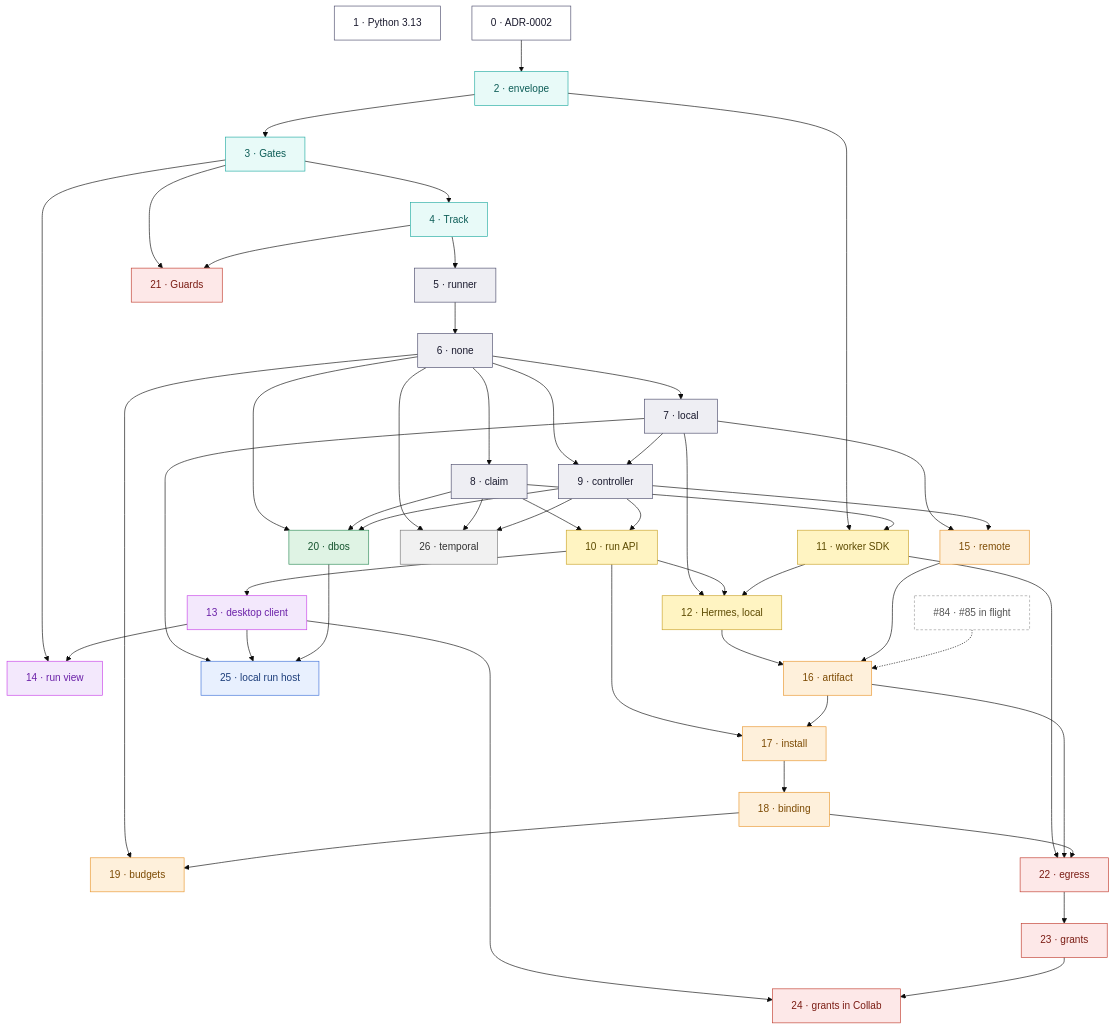
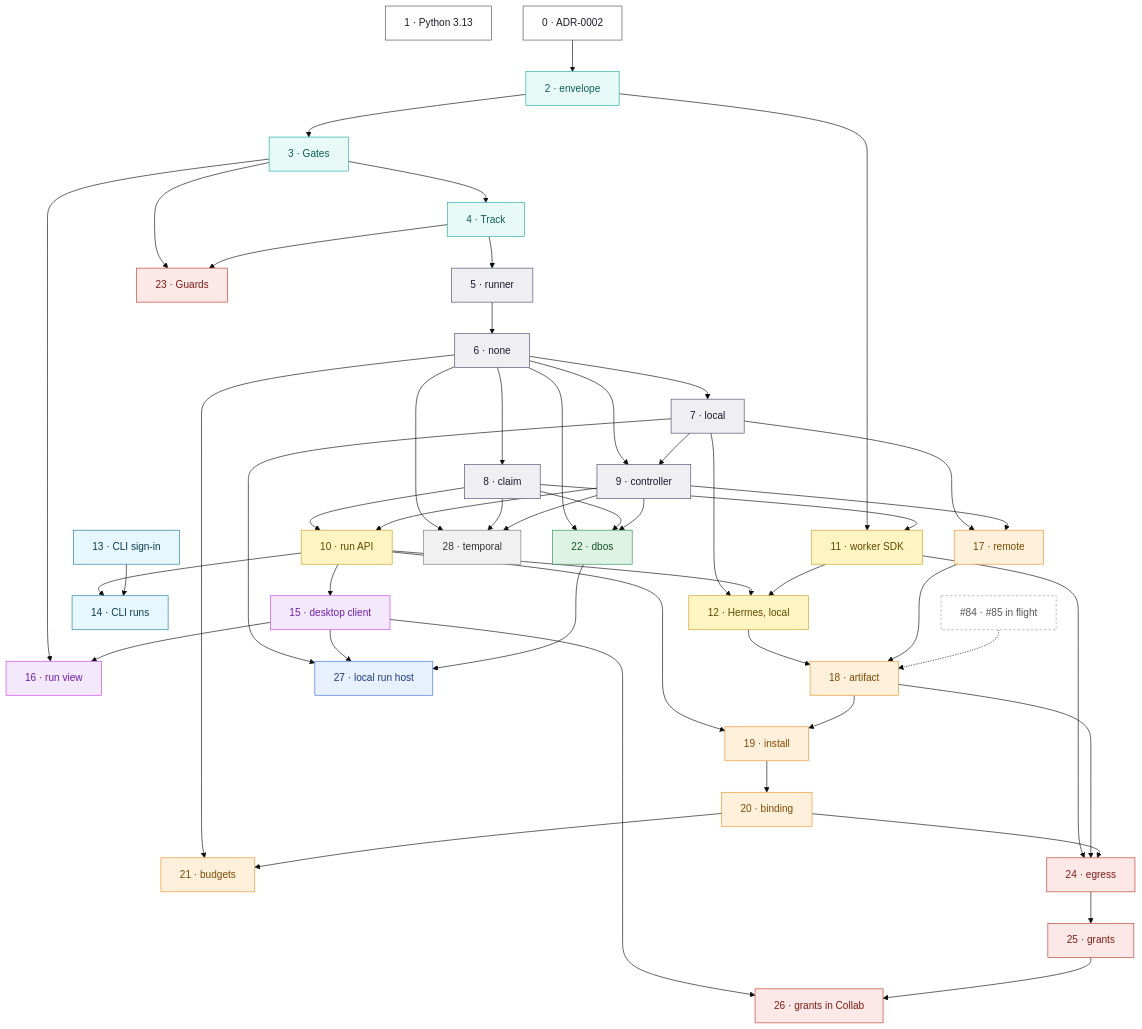
One commit to nebari-dev/collab-hub-pack changed the second of 2 diagrams in COG_EXECUTION.md. Above: the diagram before and after it, drawn with Mermaid (base theme). The commit also changed other lines of this file, not shown here.

First line of the commit message:
docs: add the collab-hub CLI to the plan

````diff
--- a/COG_EXECUTION.md
+++ b/COG_EXECUTION.md
@@ -830,46 +888,50 @@
 ```mermaid
 flowchart TD
   ph1["1 · Python 3.13"]
   ph0["0 · ADR-0002"] --> ph2["2 · envelope"] --> ph3["3 · Gates"] --> ph4["4 · Track"] --> ph5["5 · runner"] --> ph6["6 · none"]
   ph6 --> ph7["7 · local"] & ph8["8 · claim"]
   ph6 & ph7 --> ph9["9 · controller"]
   ph8 & ph9 --> ph10["10 · run API"]
+  ph13["13 · CLI sign-in"]
   ph2 & ph8 --> ph11["11 · worker SDK"]
   ph7 & ph10 & ph11 --> ph12["12 · Hermes, local"]
-  ph10 --> ph13["13 · desktop client"]
-  ph3 & ph13 --> ph14["14 · run view"]
-  ph7 & ph9 --> ph15["15 · remote"]
-  ph12 & ph15 --> ph16["16 · artifact"]
-  reg["#84 · #85 in flight"] -.-> ph16
-  ph10 & ph16 --> ph17["17 · install"] --> ph18["18 · binding"]
-  ph6 & ph18 --> ph19["19 · budgets"]
-  ph6 & ph8 & ph9 --> ph20["20 · dbos"]
-  ph3 & ph4 --> ph21["21 · Guards"]
-  ph11 & ph16 & ph18 --> ph22["22 · egress"] --> ph23["23 · grants"]
-  ph13 & ph23 --> ph24["24 · grants in Collab"]
-  ph7 & ph13 & ph20 --> ph25["25 · local run host"]
-  ph6 & ph8 & ph9 --> ph26["26 · temporal"]
+  ph10 & ph13 --> ph14["14 · CLI runs"]
+  ph10 --> ph15["15 · desktop client"]
+  ph3 & ph15 --> ph16["16 · run view"]
+  ph7 & ph9 --> ph17["17 · remote"]
+  ph12 & ph17 --> ph18["18 · artifact"]
+  reg["#84 · #85 in flight"] -.-> ph18
+  ph10 & ph18 --> ph19["19 · install"] --> ph20["20 · binding"]
+  ph6 & ph20 --> ph21["21 · budgets"]
+  ph6 & ph8 & ph9 --> ph22["22 · dbos"]
+  ph3 & ph4 --> ph23["23 · Guards"]
+  ph11 & ph18 & ph20 --> ph24["24 · egress"] --> ph25["25 · grants"]
+  ph15 & ph25 --> ph26["26 · grants in Collab"]
+  ph7 & ph15 & ph22 --> ph27["27 · local run host"]
+  ph6 & ph8 & ph9 --> ph28["28 · temporal"]
 
   classDef m0 fill:#ffffff,stroke:#4a4a6a,color:#1a1a2e
   classDef m1 fill:#e8faf8,stroke:#20aaa1,color:#0d5d57
   classDef m2 fill:#eeeef3,stroke:#4a4a6a,color:#1a1a2e
   classDef m3 fill:#fff4c2,stroke:#c9a227,color:#5c4a00
-  classDef m4 fill:#f3e8fc,stroke:#c840e9,color:#6b21a8
-  classDef m5 fill:#fef0db,stroke:#e8952c,color:#7c4a03
-  classDef m6 fill:#dff3e4,stroke:#2e8b57,color:#14532d
-  classDef m7 fill:#fde8e8,stroke:#c0392b,color:#7b1d14
-  classDef m8 fill:#e8f0fe,stroke:#3b6fd8,color:#1c3d7a
-  classDef m9 fill:#f1f1f1,stroke:#777,color:#333
+  classDef m4 fill:#e6f7ff,stroke:#1f7a99,color:#0b3d4d
+  classDef m5 fill:#f3e8fc,stroke:#c840e9,color:#6b21a8
+  classDef m6 fill:#fef0db,stroke:#e8952c,color:#7c4a03
+  classDef m7 fill:#dff3e4,stroke:#2e8b57,color:#14532d
+  classDef m8 fill:#fde8e8,stroke:#c0392b,color:#7b1d14
+  classDef m9 fill:#e8f0fe,stroke:#3b6fd8,color:#1c3d7a
+  classDef m10 fill:#f1f1f1,stroke:#777,color:#333
   classDef ext fill:#ffffff,stroke:#999,color:#555,stroke-dasharray: 4 3
   class ph0,ph1 m0
   class ph2,ph3,ph4 m1
   class ph5,ph6,ph7,ph8,ph9 m2
   class ph10,ph11,ph12 m3
   class ph13,ph14 m4
-  class ph15,ph16,ph17,ph18,ph19 m5
-  class ph20 m6
-  class ph21,ph22,ph23,ph24 m7
-  class ph25 m8
-  class ph26 m9
+  class ph15,ph16 m5
+  class ph17,ph18,ph19,ph20,ph21 m6
+  class ph22 m7
+  class ph23,ph24,ph25,ph26 m8
+  class ph27 m9
+  class ph28 m10
   class reg ext
 ```
````
